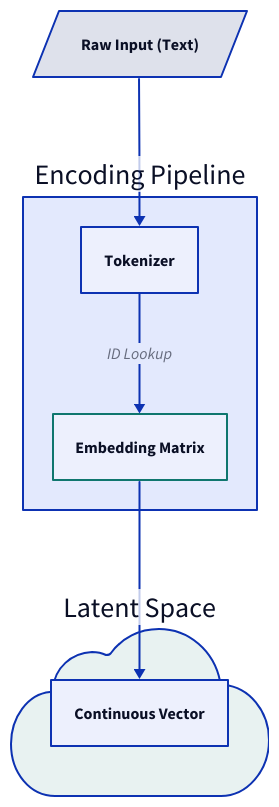
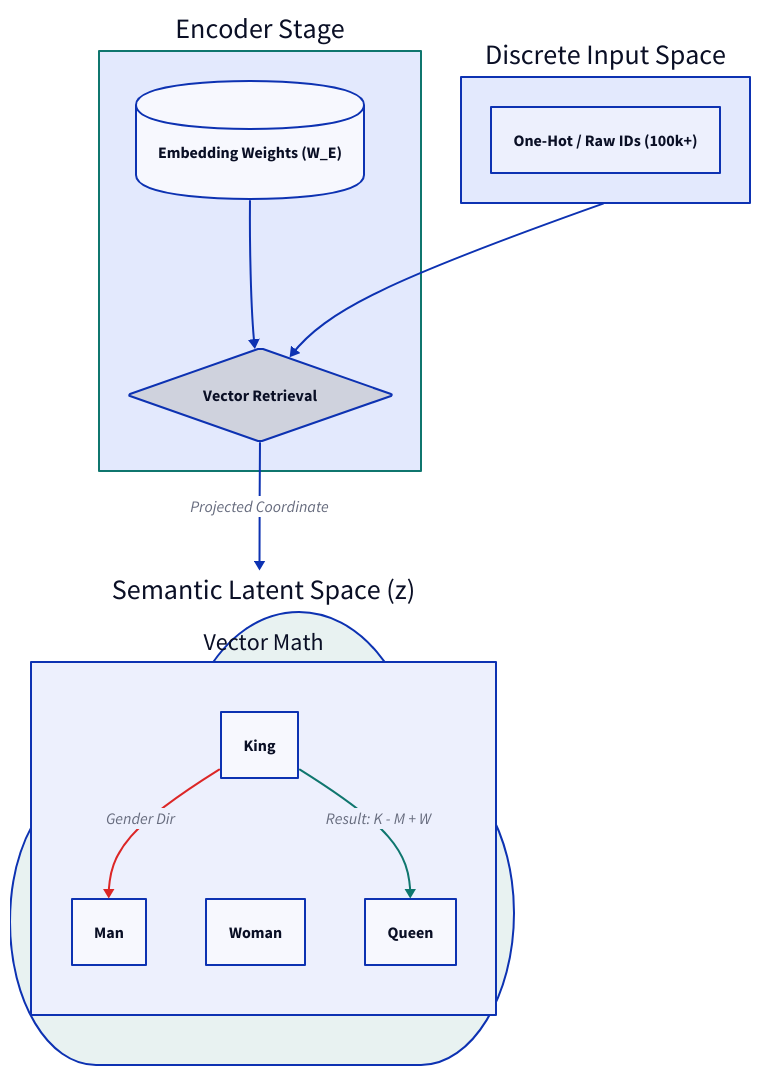
The diagram in content/articles/embeddings.md (s-chudmunge/eulerfold), drawn with D2 before and after one commit. The commit also changed 45 other files, not shown here.

````diff
--- a/content/articles/embeddings.md
+++ b/content/articles/embeddings.md
@@ -24,19 +24,37 @@
 ```d2
 direction: down
-Input: "Raw Input (Text)" {shape: parallelogram}
-Processing: "Encoding Pipeline" {
-  Tokenizer: "Tokenizer"
-  Matrix: "Embedding Matrix"
-  Tokenizer -> Matrix: "ID Lookup"
-}
-Space: "Latent Space" {
-  shape: cloud
-  Vector: "Continuous Vector"
+
+High_Dim: "Discrete Input Space" {
+  Vocab: "One-Hot / Raw IDs (100k+)" {shape: rectangle}
 }
 
-Input -> Processing.Tokenizer
-Processing.Matrix -> Space.Vector
+Projection: "Encoder Stage" {
+  style: {
+    stroke: "#0f766e"
+    stroke-width: 2
+  }
+  Matrix: "Embedding Weights (W_E)" {shape: cylinder}
+  Lookup: "Vector Retrieval" {shape: diamond}
+  Matrix -> Lookup
+}
 
-Processing.Matrix.style: {stroke: "#0F766E"}
-Space.style: {fill: "#e8f2f1"}
+Latent_Space: "Semantic Latent Space (z)" {
+  shape: cloud
+  style: {fill: "#e8f2f1"}
+  
+  Relationships: "Vector Math" {
+    King: "King"
+    Man: "Man"
+    Woman: "Woman"
+    Queen: "Queen"
+    
+    King -> Man: "Gender Dir" {style: {stroke: "#dc2626"}}
+    King -> Queen: "Result: K - M + W" {
+      style: {stroke: "#0f766e"; stroke-width: 2}
+    }
+  }
+}
+
+High_Dim -> Projection.Lookup
+Projection.Lookup -> Latent_Space: "Projected Coordinate"
 ```
````
